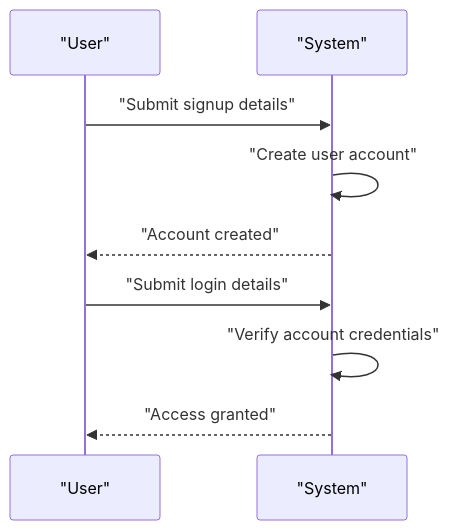
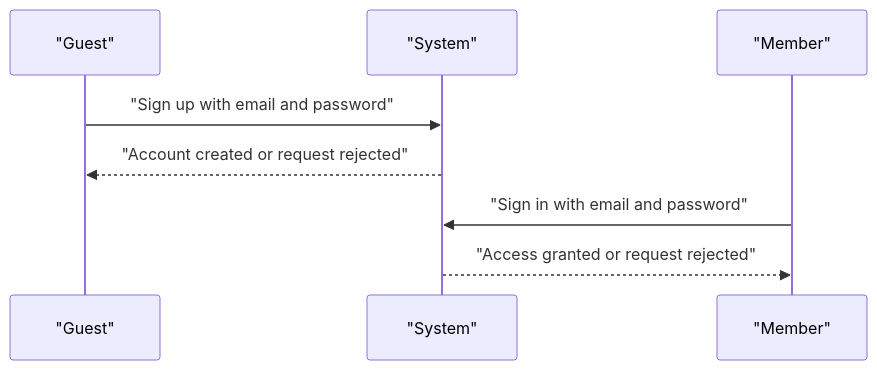
The first of 4 diagrams in openai/gpt-5.4-mini/todo/docs/analysis/03-functional-requirements.md (wrtnlabs/autobe-examples), drawn with Mermaid before and after one commit. The commit also changed other lines of this file and 6645 other files, not shown here.

````diff
--- a/openai/gpt-5.4-mini/todo/docs/analysis/03-functional-requirements.md
+++ b/openai/gpt-5.4-mini/todo/docs/analysis/03-functional-requirements.md
@@ -19,11 +22,10 @@
 ```mermaid
 sequenceDiagram
-    participant U as "User"
+    participant G as "Guest"
     participant S as "System"
-    U->>S: "Submit signup details"
-    S->>S: "Create user account"
-    S-->>U: "Account created"
-    U->>S: "Submit login details"
-    S->>S: "Verify account credentials"
-    S-->>U: "Access granted"
+    participant M as "Member"
+    G->>S: "Sign up with email and password"
+    S-->>G: "Account created or request rejected"
+    M->>S: "Sign in with email and password"
+    S-->>M: "Access granted or request rejected"
 ```
````
